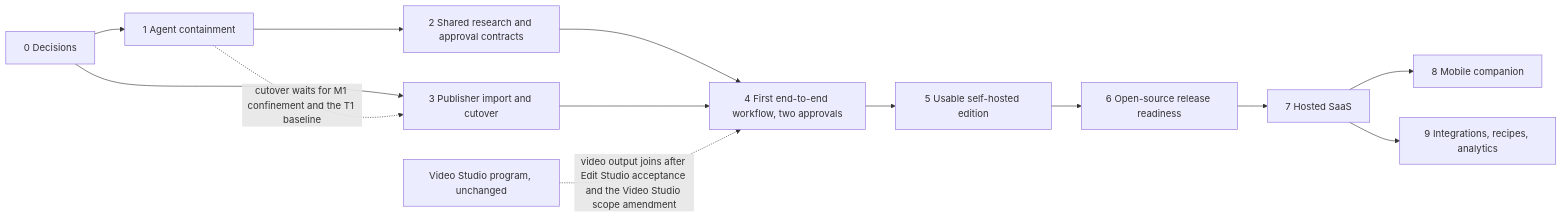
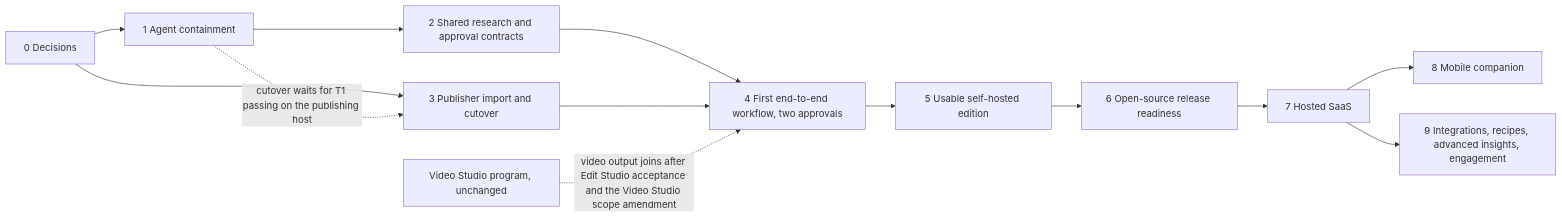
Before and after one commit to mk-global/creatorbrio: the diagram in docs/roadmap/content-platform/ROADMAP.md, drawn with Mermaid. The commit also changed other lines of this file and 6 other files, not shown here.

First line of the commit message:
docs: validate the content platform architecture before implementation (#218) (#219)

````diff
--- a/docs/roadmap/content-platform/ROADMAP.md
+++ b/docs/roadmap/content-platform/ROADMAP.md
@@ -23,15 +26,15 @@
 ```mermaid
 flowchart LR
     P0[0 Decisions] --> P1[1 Agent containment]
     P0 --> P3[3 Publisher import and cutover]
-    P1 -. cutover waits for M1 confinement and the T1 baseline .-> P3
+    P1 -. cutover waits for T1 passing on the publishing host .-> P3
     P1 --> P2[2 Shared research and approval contracts]
     P2 --> P4[4 First end-to-end workflow, two approvals]
     P3 --> P4
     P4 --> P5[5 Usable self-hosted edition]
     P5 --> P6[6 Open-source release readiness]
     P6 --> P7[7 Hosted SaaS]
     P7 --> P8[8 Mobile companion]
-    P7 --> P9[9 Integrations, recipes, analytics]
+    P7 --> P9[9 Integrations, recipes, advanced insights, engagement]
     VS[Video Studio program, unchanged] -. video output joins after Edit Studio acceptance and the Video Studio scope amendment .-> P4
 ```
````
